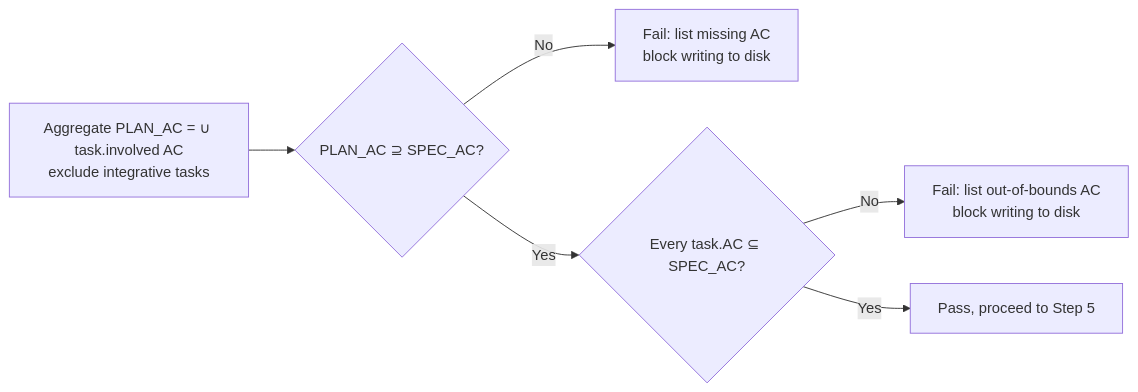
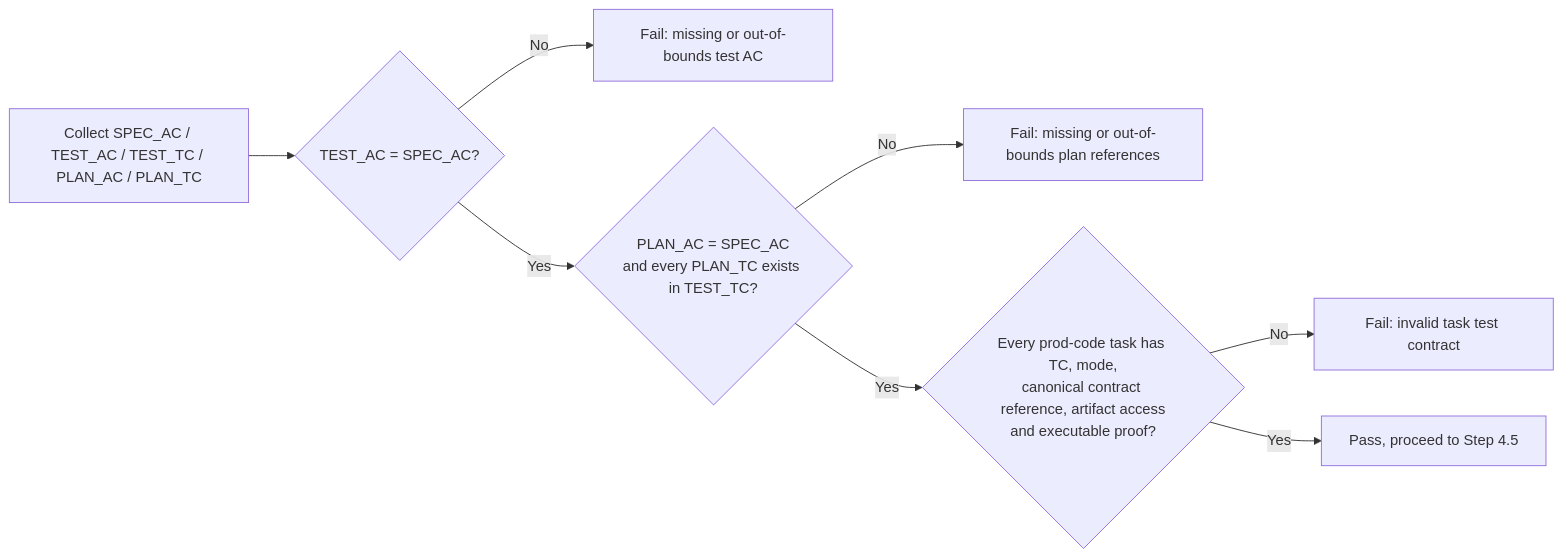
One commit to Alenkz12/FiboSkills changed the second of 5 diagrams in fibo-writing-plan/SKILL.md. Above: the diagram before and after it, drawn with Mermaid. The commit also changed other lines of this file and 96 other files, not shown here.

````diff
--- a/fibo-writing-plan/SKILL.md
+++ b/fibo-writing-plan/SKILL.md
@@ -111,8 +138,10 @@
 ```mermaid
 flowchart LR
-  R[Aggregate PLAN_AC = ∪ task.involved AC<br/>exclude integrative tasks] --> C1{PLAN_AC ⊇ SPEC_AC?}
-  C1 -->|No| F1[Fail: list missing AC<br/>block writing to disk]
-  C1 -->|Yes| C2{Every task.AC ⊆ SPEC_AC?}
-  C2 -->|No| F2[Fail: list out-of-bounds AC<br/>block writing to disk]
-  C2 -->|Yes| OK[Pass, proceed to Step 5]
+  collect_sets_001["Collect SPEC_AC / TEST_AC / TEST_TC / PLAN_AC / PLAN_TC"] --> test_coverage_002{"TEST_AC = SPEC_AC?"}
+  test_coverage_002 -->|No| coverage_failure_003["Fail: missing or out-of-bounds test AC"]
+  test_coverage_002 -->|Yes| plan_coverage_004{"PLAN_AC = SPEC_AC<br/>and every PLAN_TC exists in TEST_TC?"}
+  plan_coverage_004 -->|No| reference_failure_005["Fail: missing or out-of-bounds plan references"]
+  plan_coverage_004 -->|Yes| task_contract_006{"Every prod-code task has TC, mode,<br/>canonical contract reference, artifact access<br/>and executable proof?"}
+  task_contract_006 -->|No| task_failure_007["Fail: invalid task test contract"]
+  task_contract_006 -->|Yes| review_passed_008["Pass, proceed to Step 4.5"]
 ```
````
